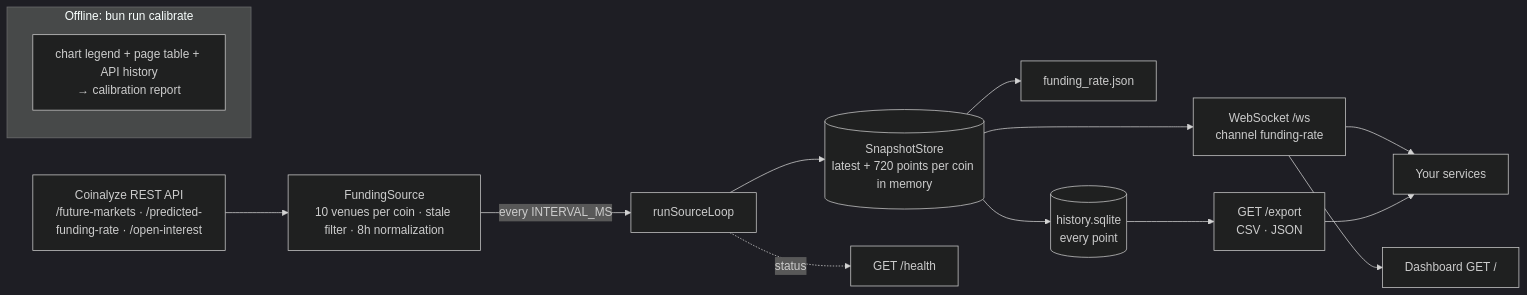
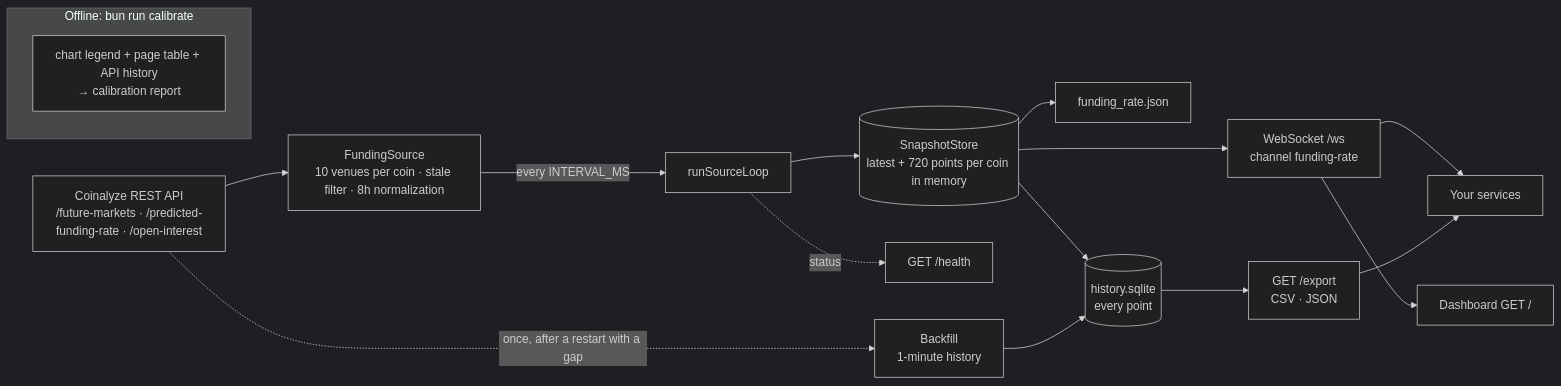
Before and after one commit to tarikcaykara/predicted-funding-aggregator: the diagram in README.md, drawn with Mermaid (dark theme). The commit also changed other lines of this file and 13 other files, not shown here.

Commit message:
feat: backfill the gap after a restart from 1-minute history (#38)

````diff
--- a/README.md
+++ b/README.md
@@ -25,18 +25,20 @@
 ```mermaid
 flowchart LR
   API["Coinalyze REST API<br/>/future-markets · /predicted-funding-rate · /open-interest"]
   API --> SRC["FundingSource<br/>10 venues per coin · stale filter · 8h normalization"]
   SRC -->|every INTERVAL_MS| LOOP[runSourceLoop]
   LOOP --> STORE[("SnapshotStore<br/>latest + 720 points per coin in memory")]
   STORE --> FILE[funding_rate.json]
   STORE --> DB[("history.sqlite<br/>every point")]
   STORE --> WS["WebSocket /ws<br/>channel funding-rate"]
   DB --> EXPORT["GET /export<br/>CSV · JSON"]
   LOOP -. status .-> HEALTH["GET /health"]
   WS --> DASH["Dashboard GET /"]
   WS --> CLIENTS[Your services]
   EXPORT --> CLIENTS
+  API -. "once, after a restart with a gap" .-> BF["Backfill<br/>1-minute history"]
+  BF --> DB
   subgraph offline ["Offline: bun run calibrate"]
     CAL["chart legend + page table + API history<br/>→ calibration report"]
   end
 ```
````
